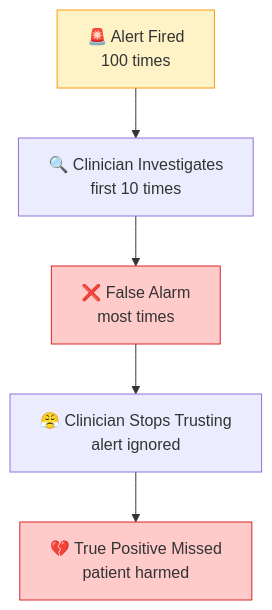
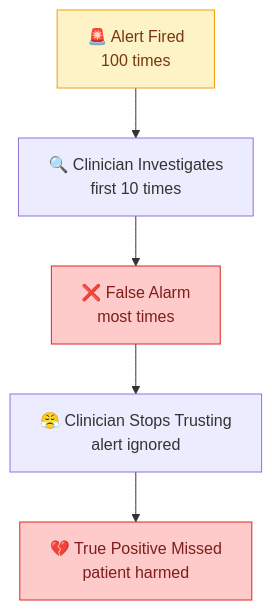
One commit to asq-sheriff/AI-Production-Checklist changed the fifth of 6 diagrams in docs/CASE-STUDIES.md. Above: the diagram before and after it, drawn with Mermaid. The commit also changed other lines of this file and 8 other files, not shown here.

First line of the commit message:
Fix text contrast in all Mermaid diagrams

````diff
--- a/docs/CASE-STUDIES.md
+++ b/docs/CASE-STUDIES.md
@@ -243,11 +243,11 @@
 ```mermaid
 flowchart TB
     A1[🚨 Alert Fired<br/>100 times] --> A2[🔍 Clinician Investigates<br/>first 10 times]
     A2 --> A3[❌ False Alarm<br/>most times]
     A3 --> A4[😤 Clinician Stops Trusting<br/>alert ignored]
     A4 --> A5[💔 True Positive Missed<br/>patient harmed]
 
-    style A1 fill:#fef3c7,stroke:#f59e0b
-    style A3 fill:#fecaca,stroke:#dc2626
-    style A5 fill:#fecaca,stroke:#dc2626
+    style A1 fill:#fef3c7,stroke:#f59e0b,color:#78350f
+    style A3 fill:#fecaca,stroke:#dc2626,color:#7f1d1d
+    style A5 fill:#fecaca,stroke:#dc2626,color:#7f1d1d
 ```
````
